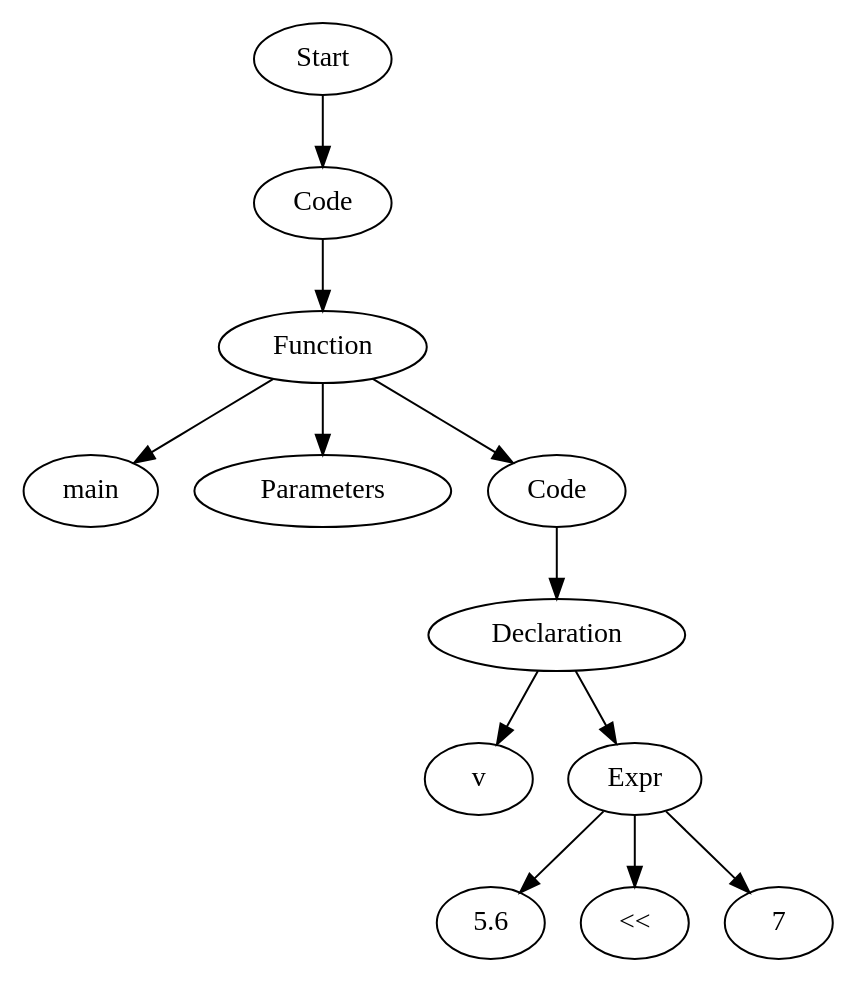
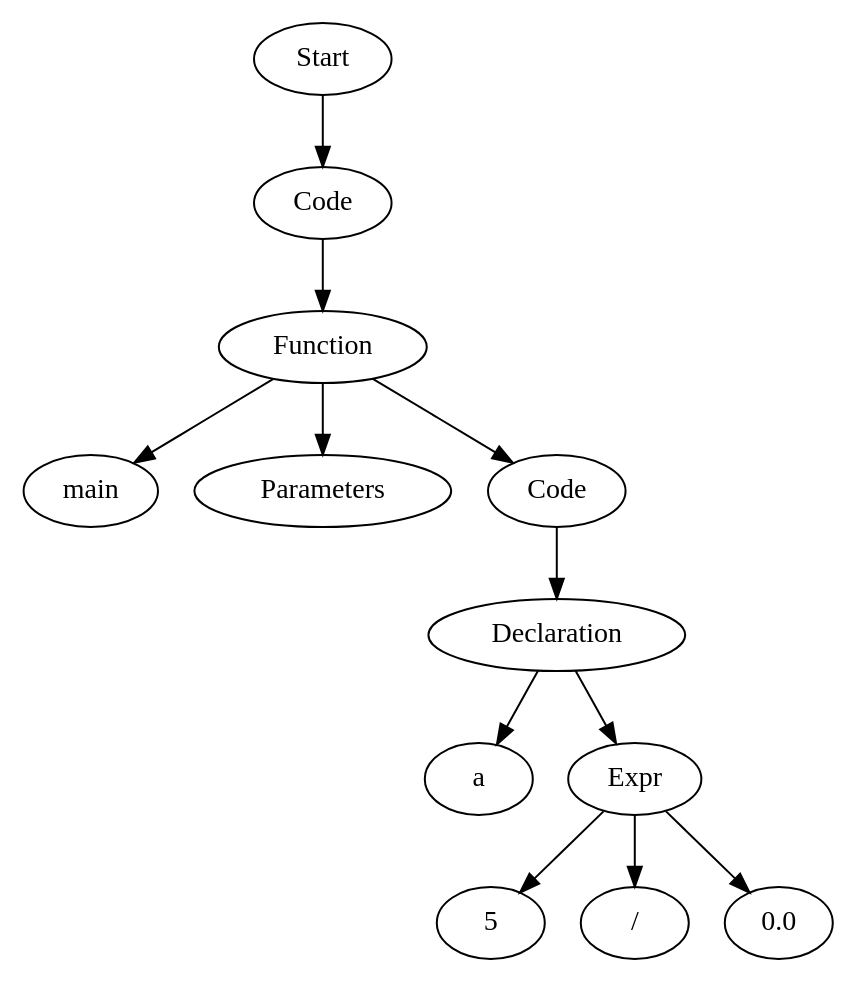
The diagram in TestCases/ASTTests/ConstantFoldingTests/CreateTests/read_file_before.dot (Are-you-listening/Compilers), drawn with Graphviz before and after one commit. The commit also changed 254 other files, not shown here.

```diff
--- a/TestCases/ASTTests/ConstantFoldingTests/CreateTests/read_file_before.dot
+++ b/TestCases/ASTTests/ConstantFoldingTests/CreateTests/read_file_before.dot
@@ -1,25 +1,25 @@
 digraph AST {
-  "135012057602400" [label="Start"];
-  "135012057602400" -> "135012057605712";
-  "135012057605712" [label="Code"];
-  "135012057605712" -> "135012057605952";
-  "135012057605952" [label="Function"];
-  "135012057605952" -> "135012057603552";
-  "135012057605952" -> "135012057607776";
-  "135012057605952" -> "135012057610128";
-  "135012057603552" [label="main"];
-  "135012057607776" [label="Parameters"];
-  "135012057610128" [label="Code"];
-  "135012057610128" -> "135012057602016";
-  "135012057602016" [label="Declaration"];
-  "135012057602016" -> "135012057601824";
-  "135012057602016" -> "135012057611280";
-  "135012057601824" [label="v"];
-  "135012057611280" [label="Expr"];
-  "135012057611280" -> "135012057597504";
-  "135012057611280" -> "135012057599424";
-  "135012057611280" -> "135012057603216";
-  "135012057597504" [label="5.6"];
-  "135012057599424" [label="<<"];
-  "135012057603216" [label="7"];
+  "137810818872608" [label="Start"];
+  "137810818872608" -> "137810818867328";
+  "137810818867328" [label="Code"];
+  "137810818867328" -> "137810818861376";
+  "137810818861376" [label="Function"];
+  "137810818861376" -> "137810818861088";
+  "137810818861376" -> "137810818874864";
+  "137810818861376" -> "137810818872512";
+  "137810818861088" [label="main"];
+  "137810818874864" [label="Parameters"];
+  "137810818872512" [label="Code"];
+  "137810818872512" -> "137810818875008";
+  "137810818875008" [label="Declaration"];
+  "137810818875008" -> "137810818871264";
+  "137810818875008" -> "137810818870736";
+  "137810818871264" [label="a"];
+  "137810818870736" [label="Expr"];
+  "137810818870736" -> "137810818869200";
+  "137810818870736" -> "137810818873376";
+  "137810818870736" -> "137810818861424";
+  "137810818869200" [label="5"];
+  "137810818873376" [label="/"];
+  "137810818861424" [label="0.0"];
 }
```
